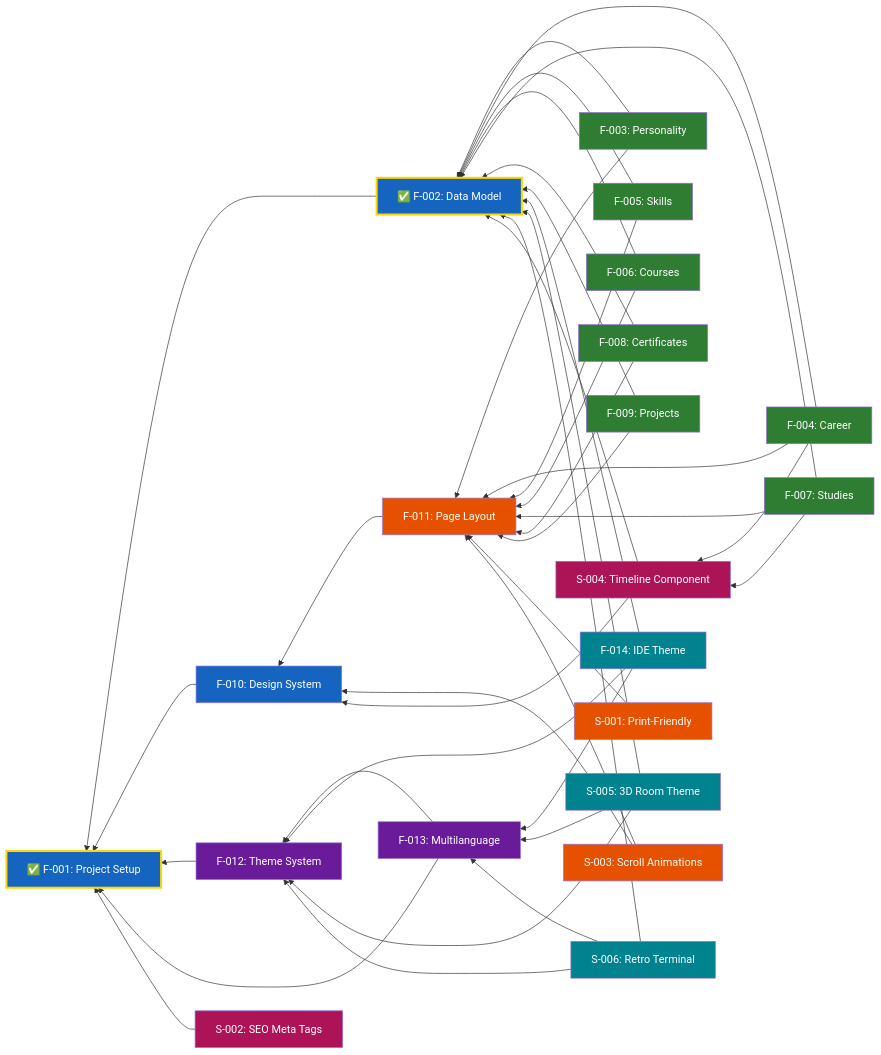
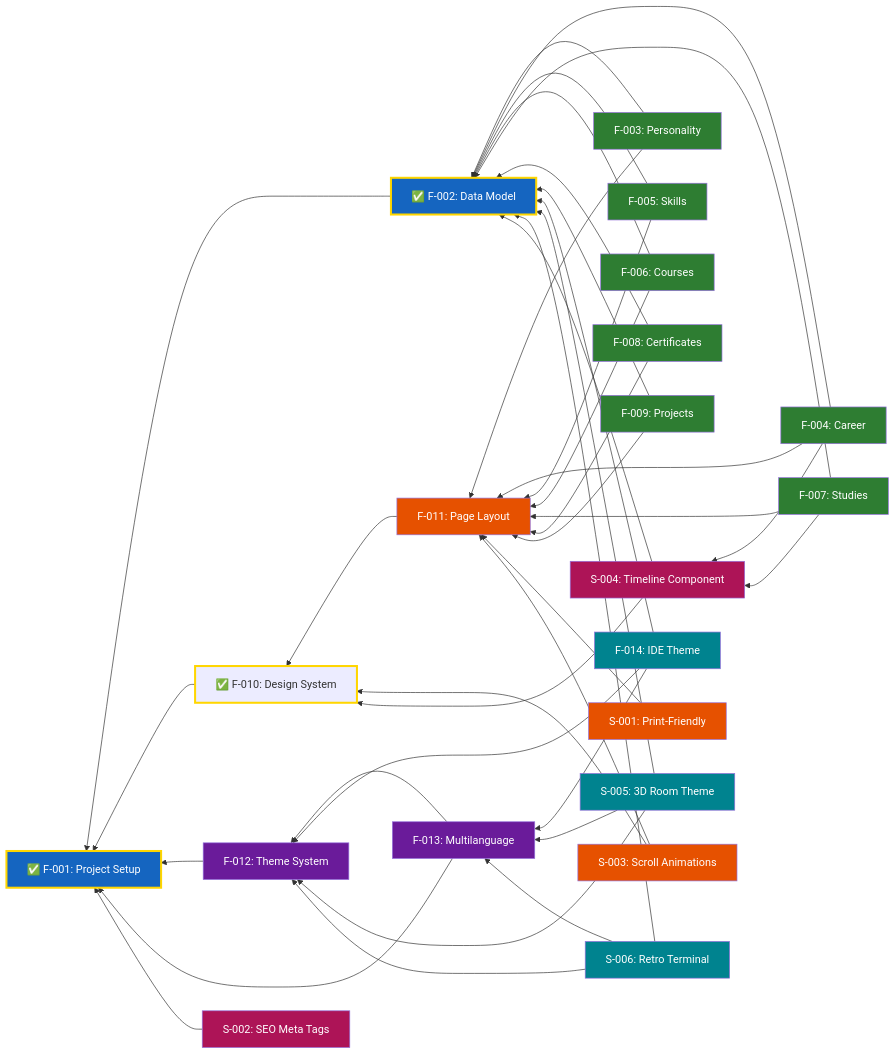
Before and after one commit to garcipat/cv-website: the diagram in docs/Features.md, drawn with Mermaid. The commit also changed other lines of this file and 23 other files, not shown here.

First line of the commit message:
F-010: Design system — themes, pages, and theme switcher

```diff
--- a/docs/Features.md
+++ b/docs/Features.md
@@ -88,7 +88,7 @@
     F007["F-007: Studies"]
     F008["F-008: Certificates"]
     F009["F-009: Projects"]
-    F010["F-010: Design System"]
+    F010["✅ F-010: Design System"]
     F011["F-011: Page Layout"]
     F012["F-012: Theme System"]
     F013["F-013: Multilanguage"]
@@ -152,7 +152,8 @@
 
     class F001 done
     class F002 done
-    class F001,F002,F010 projectSetup
+    class F001,F002 projectSetup
+    class F010 done
     class F003,F004,F005,F006,F007,F008,F009 cvSections
     class F011,S001,S003 layoutNavigation
     class F012,F013 themeInfrastructure
```
